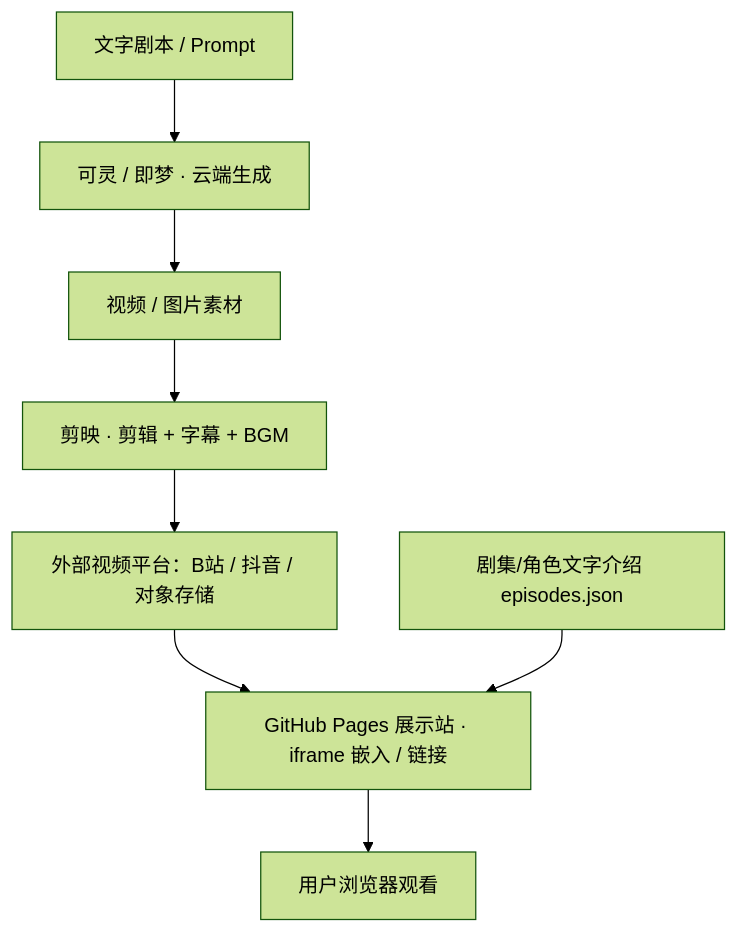
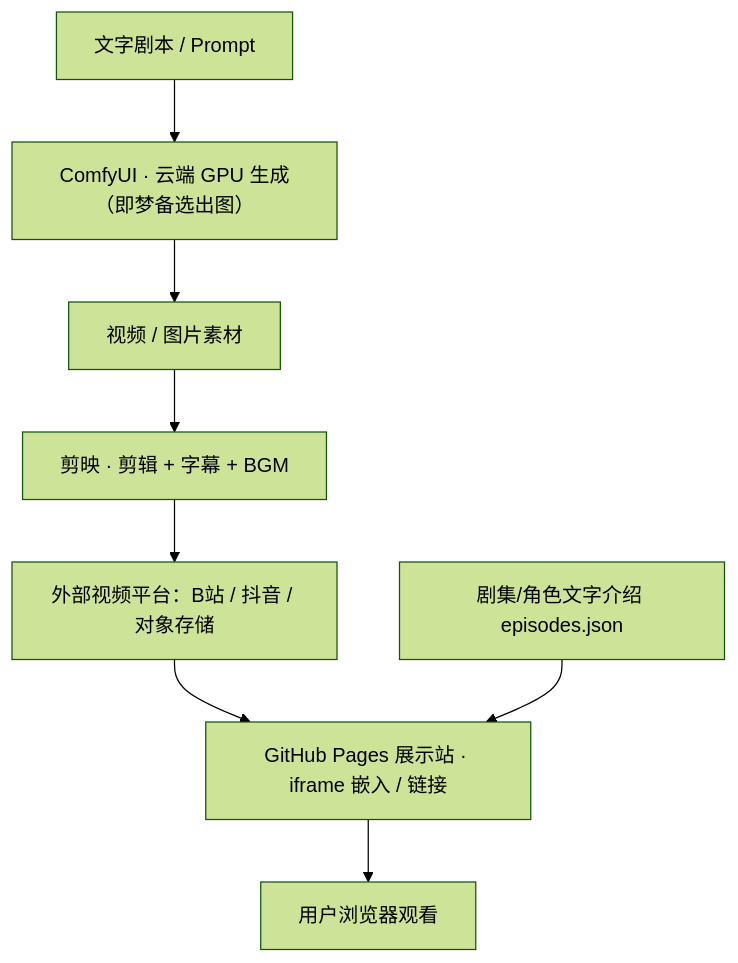
Before and after one commit to Ranran1202/vibe-coding-journey: the diagram in ai-drama/TECH_DESIGN.md, drawn with Mermaid (forest theme). The commit also changed other lines of this file and 6 other files, not shown here.

````diff
--- a/ai-drama/TECH_DESIGN.md
+++ b/ai-drama/TECH_DESIGN.md
@@ -156,10 +156,10 @@
 ```mermaid
 flowchart TD
-    S[文字剧本 / Prompt] --> K[可灵 / 即梦 · 云端生成]
+    S[文字剧本 / Prompt] --> K[ComfyUI · 云端 GPU 生成（即梦备选出图）]
     K --> V[视频 / 图片素材]
     V --> J[剪映 · 剪辑 + 字幕 + BGM]
     J --> P[外部视频平台：B站 / 抖音 / 对象存储]
     P --> W[GitHub Pages 展示站 · iframe 嵌入 / 链接]
     D[剧集/角色文字介绍 episodes.json] --> W
     W --> U[用户浏览器观看]
 ```
````
